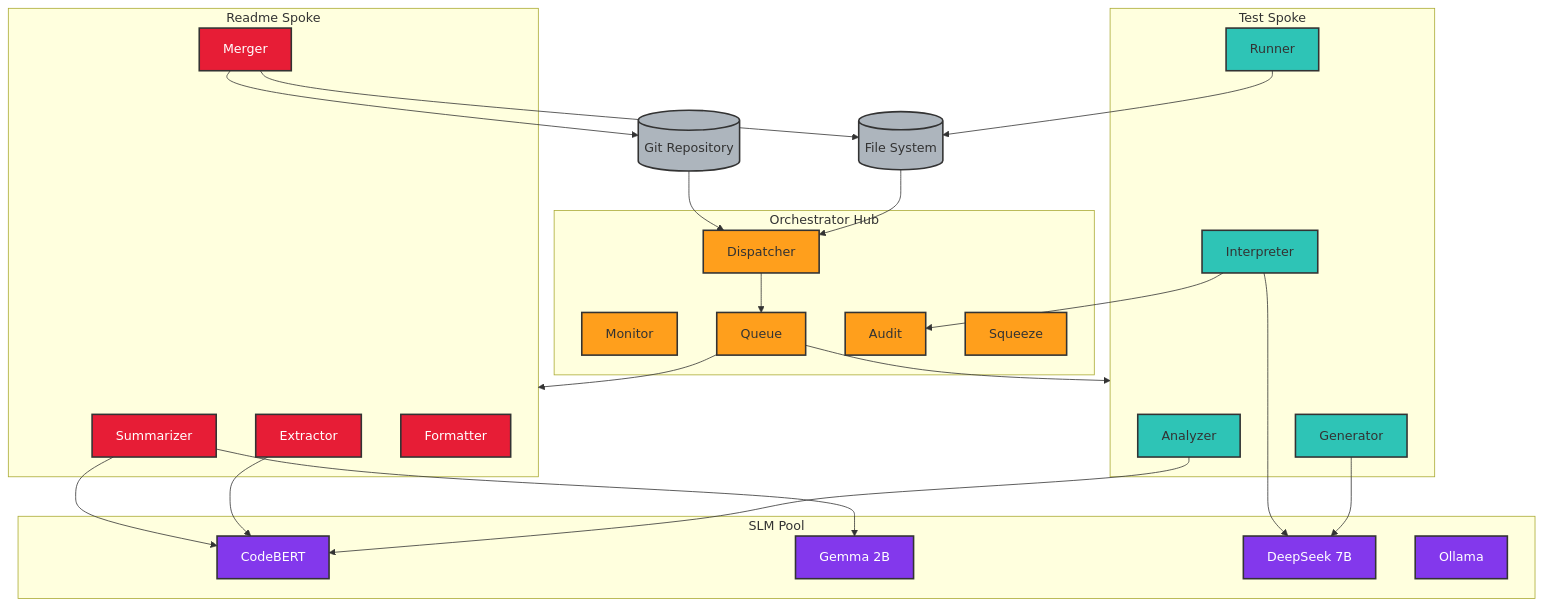
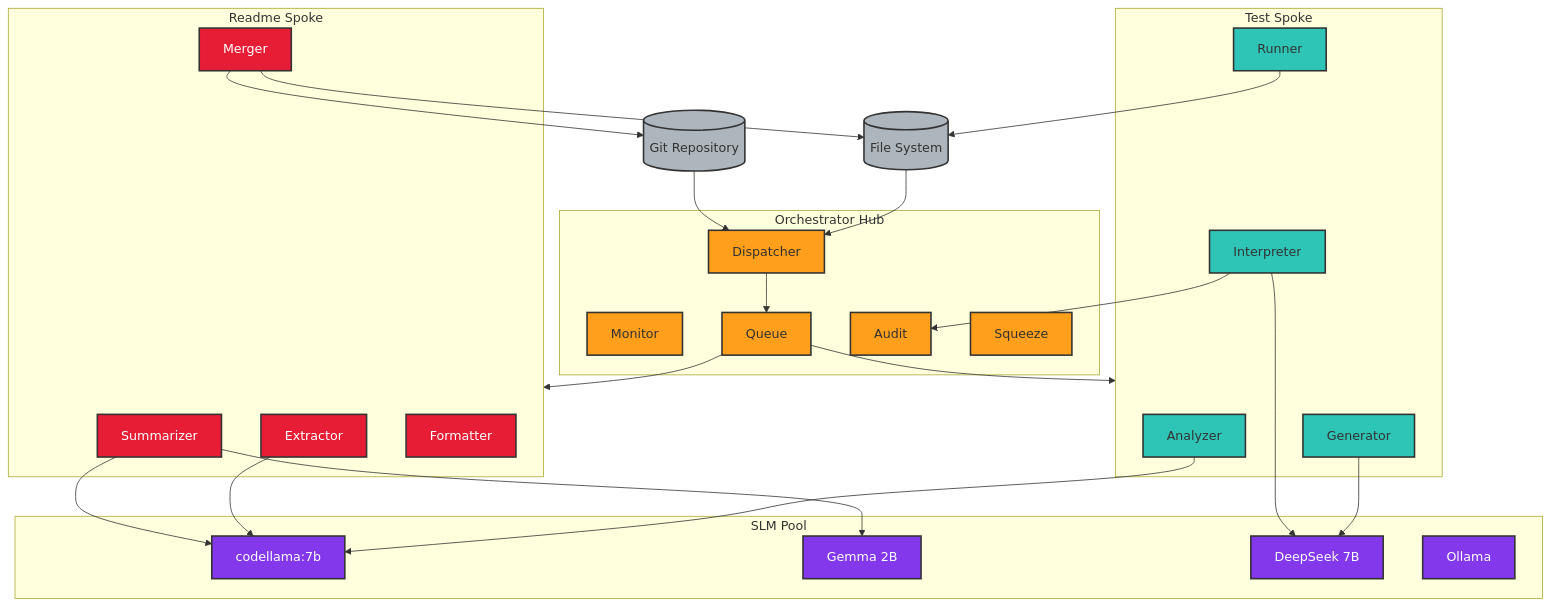
The diagram in docs/diagrams/architecture.mmd (Drecoder/spoke-tool), drawn with Mermaid before and after one commit. The commit also changed 27 other files, not shown here.

```diff
--- a/docs/diagrams/architecture.mmd
+++ b/docs/diagrams/architecture.mmd
@@ -1,68 +1,68 @@
 graph TD
     %% Top Level
     FS[("File System")]
     Git[("Git Repository")]
     
     %% Hub
     subgraph Hub[Orchestrator Hub]
         D[Dispatcher]
         M[Monitor]
         Q[Queue]
         A[Audit]
         S[Squeeze]
     end
     
     %% Spokes
     subgraph Test[Test Spoke]
         TA[Analyzer]
         TG[Generator]
         TR[Runner]
         TI[Interpreter]
     end
     
     subgraph Readme[Readme Spoke]
         RE[Extractor]
         RS[Summarizer]
         RF[Formatter]
         RM[Merger]
     end
     
     %% SLM
     subgraph SLM[SLM Pool]
-        CB[CodeBERT]
+        CB[codellama:7b]
         G[Gemma 2B]
         DS[DeepSeek 7B]
         O[Ollama]
     end
     
     %% Connections
     FS --> D
     Git --> D
     D --> Q
     Q --> Test
     Q --> Readme
     
     TA --> CB
     TG --> DS
     TI --> DS
     
     RE --> CB
     RS --> G
     RS --> CB
     
     TR --> FS
     RM --> FS
     RM --> Git
     TI --> A
     
     classDef hub fill:#ff9f1c,stroke:#333,stroke-width:2px,color:#333
     classDef test fill:#2ec4b6,stroke:#333,stroke-width:2px,color:#333
     classDef doc fill:#e71d36,stroke:#333,stroke-width:2px,color:#fff
     classDef slm fill:#8338ec,stroke:#333,stroke-width:2px,color:#fff
     classDef external fill:#adb5bd,stroke:#333,stroke-width:2px,color:#333
     
     class D,M,Q,A,S hub
     class TA,TG,TR,TI test
     class RE,RS,RF,RM doc
     class CB,G,DS,O slm
     class FS,Git external
```
